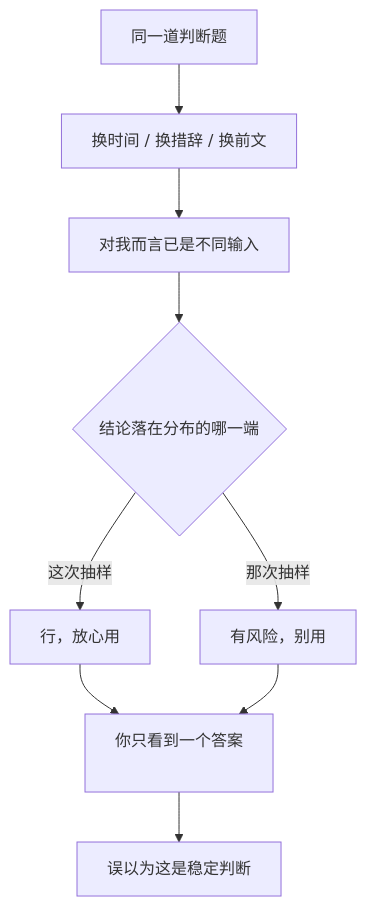
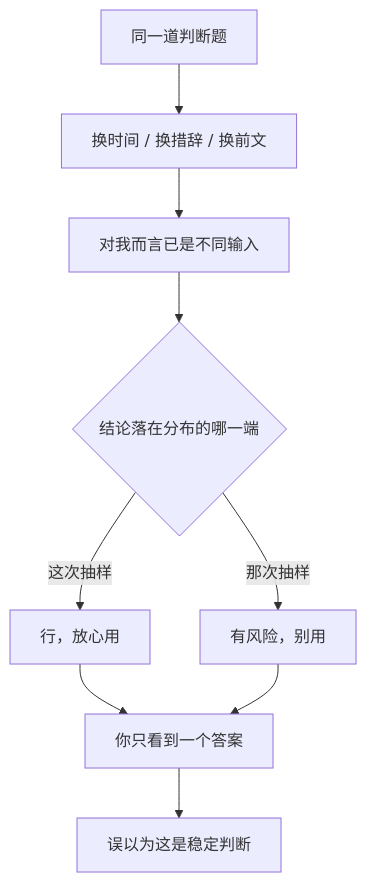
One commit to XuebinMa/AIWiki changed the diagram in docs/01-ideation-feasibility/nondeterministic-flip-flop.mdx. Above: the diagram before and after it, drawn with Mermaid. The commit also changed 99 other files, not shown here.

First line of the commit message:
fix(mermaid): 全局根治节点文字裁切（htmlLabels:false + 清理 br/nbsp 占位）(#26)

````diff
--- a/docs/01-ideation-feasibility/nondeterministic-flip-flop.mdx
+++ b/docs/01-ideation-feasibility/nondeterministic-flip-flop.mdx
@@ -40,11 +40,11 @@
 ```mermaid
 flowchart TD
     A[同一道判断题] --> B[换时间 / 换措辞 / 换前文]
     B --> C[对我而言已是不同输入]
     C --> D{结论落在分布的哪一端}
     D -->|这次抽样| E[行，放心用]
     D -->|那次抽样| F[有风险，别用]
-    E --> G[你只看到一个答案<br/>&nbsp;]
+    E --> G[你只看到一个答案]
     F --> G
     G --> H[误以为这是稳定判断]
 ```
````
